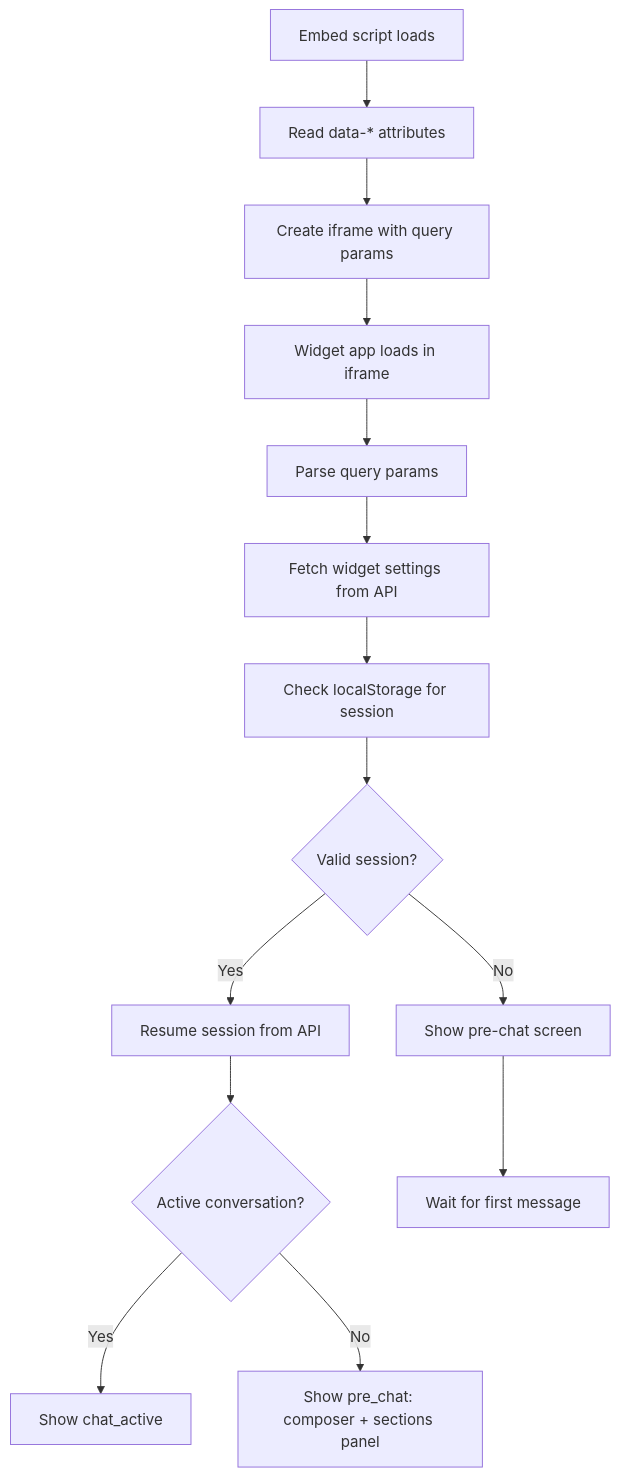
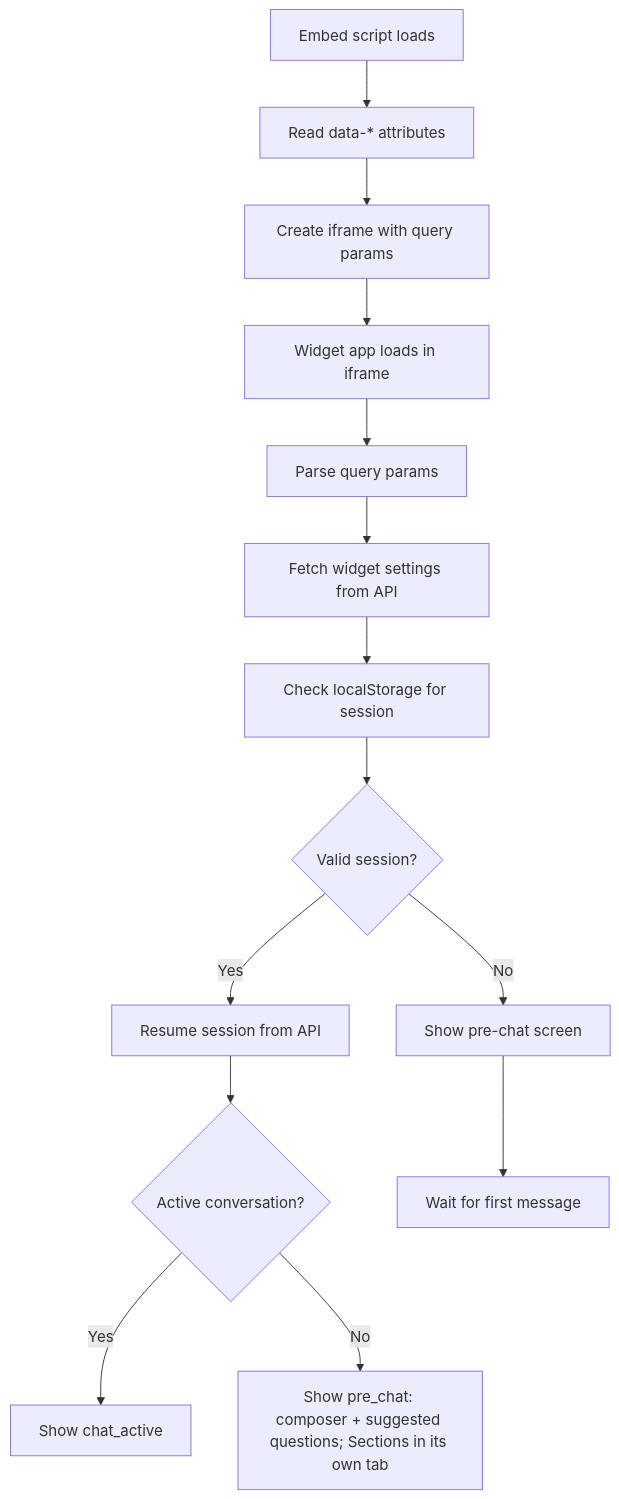
The second of 2 diagrams in __specs/09-widget-state-machine.md (kidane-gebremedhin/resolve-ai), drawn with Mermaid before and after one commit. The commit also changed other lines of this file and 12 other files, not shown here.

````diff
--- a/__specs/09-widget-state-machine.md
+++ b/__specs/09-widget-state-machine.md
@@ -265,16 +261,16 @@
 ```mermaid
 flowchart TD
     A[Embed script loads] --> B[Read data-* attributes]
     B --> C[Create iframe with query params]
     C --> D[Widget app loads in iframe]
     D --> E[Parse query params]
     E --> F[Fetch widget settings from API]
     F --> G[Check localStorage for session]
     G --> H{Valid session?}
     H -->|Yes| I[Resume session from API]
     H -->|No| J[Show pre-chat screen]
     I --> K{Active conversation?}
     K -->|Yes| L[Show chat_active]
-    K -->|No| M[Show pre_chat: composer + sections panel]
+    K -->|No| M[Show pre_chat: composer + suggested questions; Sections in its own tab]
     J --> N[Wait for first message]
 ```
````
